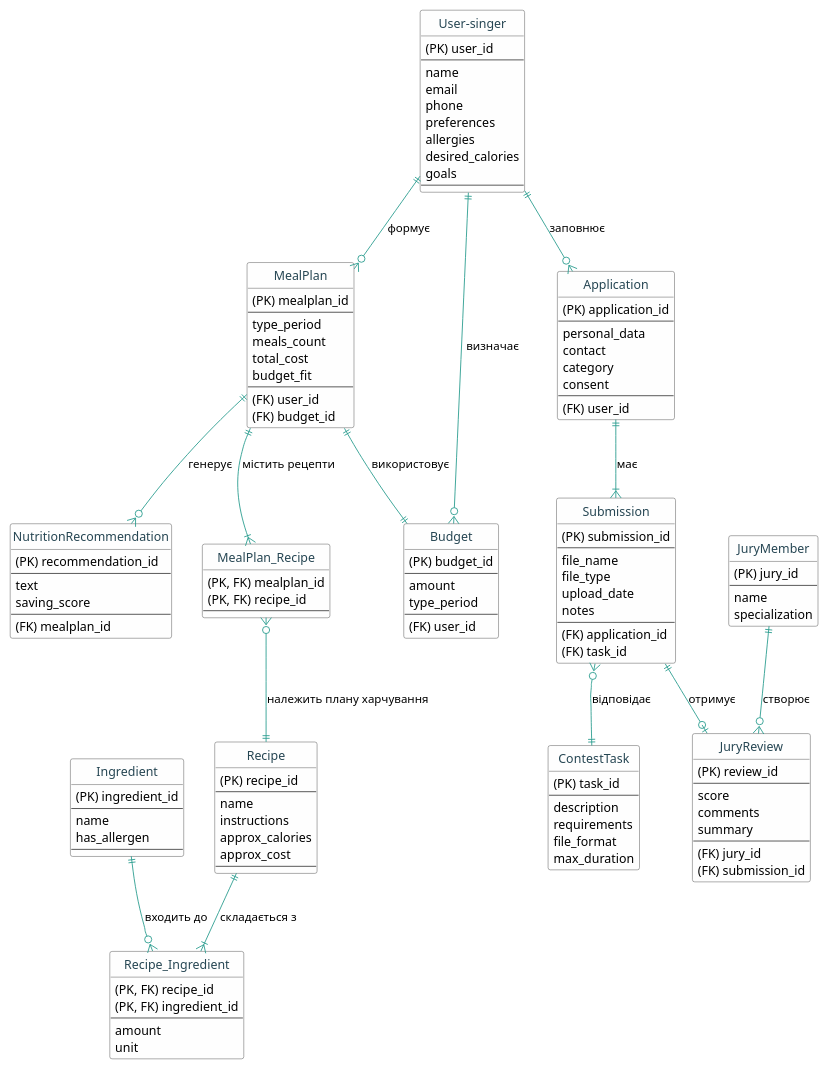
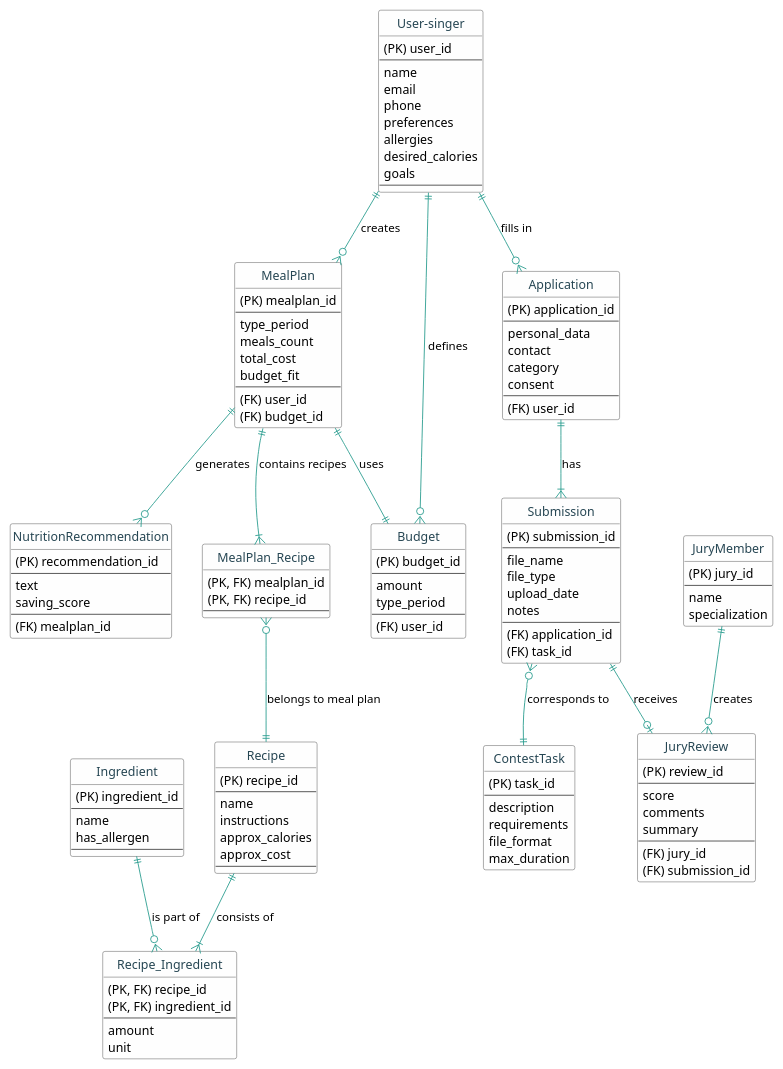
One commit to Liudmyla11/lab3 changed the diagram in RelLogicalSchema.puml. Above: the diagram before and after it, drawn with PlantUML.

```diff
--- a/RelLogicalSchema.puml
+++ b/RelLogicalSchema.puml
@@ -1,156 +1,156 @@
 @startuml
 
 skinparam dpi 85
 hide circle
 skinparam backgroundColor white
 skinparam class {
     BackgroundColor #fefefe
     BorderColor #444444
     ArrowColor #2a9d8f
     FontColor #264653
 }
 
 entity "User-singer" as user {
     (PK) user_id
     --
     name
     email
     phone
     preferences
     allergies
     desired_calories
     goals
     --
 }
 
 entity "MealPlan" as mealplan {
     (PK) mealplan_id
     --
     type_period
     meals_count
     total_cost
     budget_fit
     --
     (FK) user_id
     (FK) budget_id
 }
 
 entity "Recipe" as recipe {
     (PK) recipe_id
     --
     name
     instructions
     approx_calories
     approx_cost
     --
 }
 
 entity "Ingredient" as ingredient {
     (PK) ingredient_id
     --
     name
     has_allergen
     --
 }
 
 entity "Budget" as budget {
     (PK) budget_id
     --
     amount
     type_period
     --
     (FK) user_id
 }
 
 entity "NutritionRecommendation" as nutrition {
     (PK) recommendation_id
     --
     text
     saving_score
     --
     (FK) mealplan_id
 }
 
 entity "Application" as application {
     (PK) application_id
     --
     personal_data
     contact
     category
     consent
     --
     (FK) user_id
 }
 
 entity "ContestTask" as contesttask {
     (PK) task_id
     --
     description
     requirements
     file_format
     max_duration
 }
 
 entity "Submission" as submission {
     (PK) submission_id
     --
     file_name
     file_type
     upload_date
     notes
     --
     (FK) application_id
     (FK) task_id
 }
 
 entity "JuryMember" as jurymember {
     (PK) jury_id
     --
     name
     specialization
 }
 
 entity "JuryReview" as juryreview {
     (PK) review_id
     --
     score
     comments
     summary
     --
     (FK) jury_id
     (FK) submission_id
 }
 
 entity "MealPlan_Recipe" as mealplan_recipe {
     (PK, FK) mealplan_id
     (PK, FK) recipe_id
     --
 }
 
 entity "Recipe_Ingredient" as recipe_ingredient {
     (PK, FK) recipe_id
     (PK, FK) ingredient_id
     --
     amount
     unit
 }
 
-user ||--o{ mealplan : формує
-mealplan ||--|| budget : використовує
-user ||--o{ budget : визначає
-mealplan ||--o{ nutrition : генерує
+user ||--o{ mealplan : creates
+mealplan ||--|| budget : uses
+user ||--o{ budget : defines
+mealplan ||--o{ nutrition : generates
 
-recipe ||--|{ recipe_ingredient : складається з
-ingredient ||--o{ recipe_ingredient : входить до
+recipe ||--|{ recipe_ingredient : consists of
+ingredient ||--o{ recipe_ingredient : is part of
 
-user ||--o{ application : заповнює
-application ||--|{ submission : має
-submission }o--|| contesttask : відповідає
+user ||--o{ application : fills in
+application ||--|{ submission : has
+submission }o--|| contesttask : corresponds to
 
-submission ||--o| juryreview : отримує
-jurymember ||--o{ juryreview : створює
+submission ||--o| juryreview : receives
+jurymember ||--o{ juryreview : creates
 
-mealplan ||--|{ mealplan_recipe : містить рецепти
-recipe   ||-up-o{ mealplan_recipe : належить плану харчування
+mealplan ||--|{ mealplan_recipe : contains recipes
+recipe   ||-up-o{ mealplan_recipe : belongs to meal plan
 
 @enduml
```
